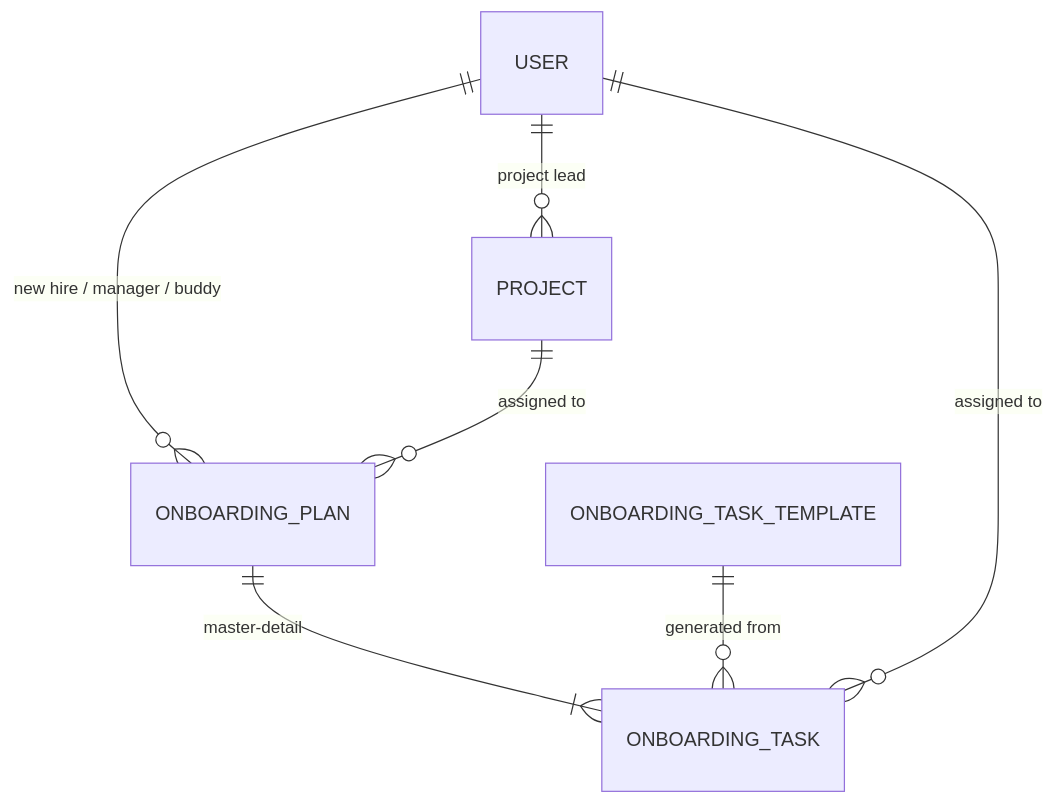
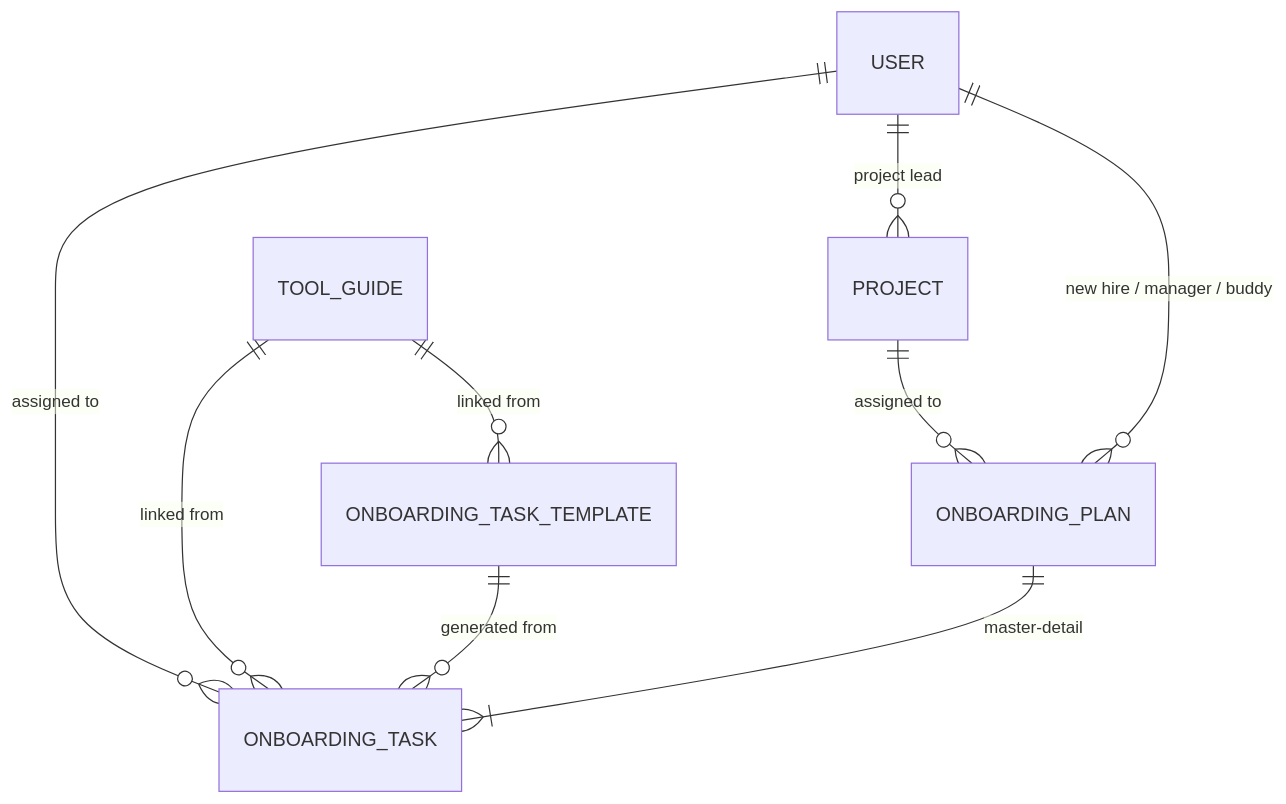
The diagram in docs/03-brd.md (DiogoS7/Launchpad), drawn with Mermaid before and after one commit. The commit also changed other lines of this file and 23 other files, not shown here.

````diff
--- a/docs/03-brd.md
+++ b/docs/03-brd.md
@@ -176,9 +176,11 @@
 ```mermaid
 erDiagram
     USER ||--o{ ONBOARDING_PLAN : "new hire / manager / buddy"
     PROJECT ||--o{ ONBOARDING_PLAN : "assigned to"
     USER ||--o{ PROJECT : "project lead"
     ONBOARDING_PLAN ||--|{ ONBOARDING_TASK : "master-detail"
     ONBOARDING_TASK_TEMPLATE ||--o{ ONBOARDING_TASK : "generated from"
     USER ||--o{ ONBOARDING_TASK : "assigned to"
+    TOOL_GUIDE ||--o{ ONBOARDING_TASK_TEMPLATE : "linked from"
+    TOOL_GUIDE ||--o{ ONBOARDING_TASK : "linked from"
 ```
````
